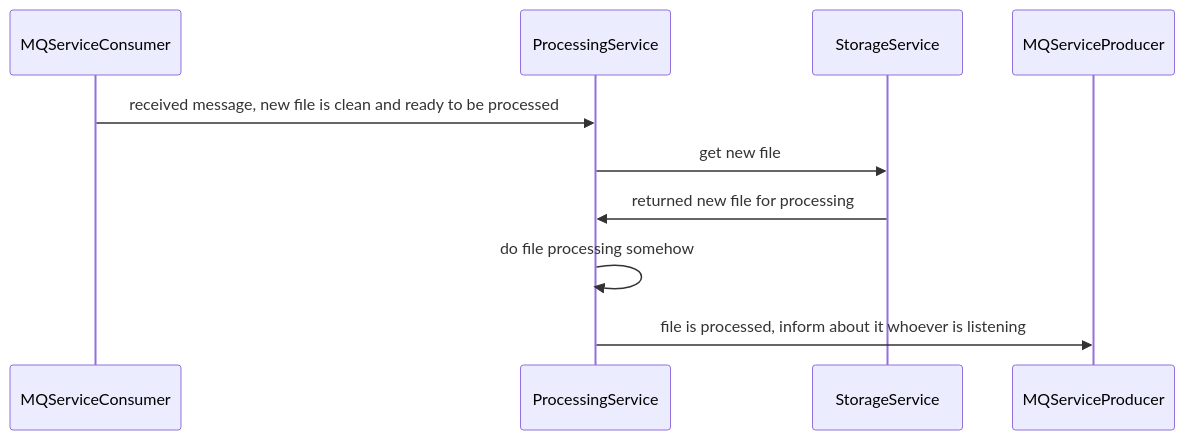
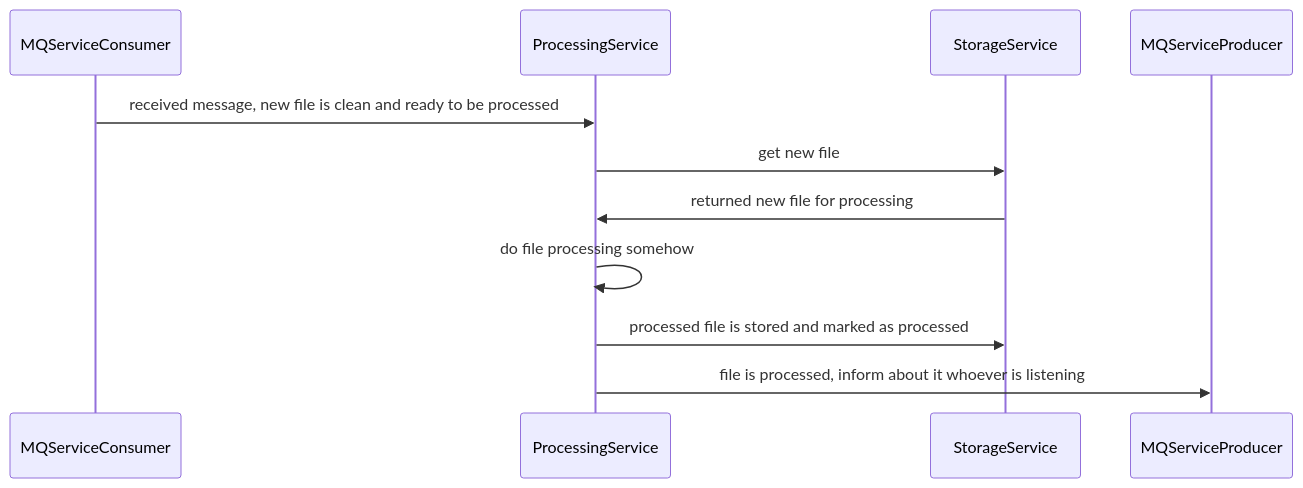
One commit to AscariaQuynn/PartnersBootcamp changed the third of 3 diagrams in sequence.md. Above: the diagram before and after it, drawn with Mermaid.

````diff
--- a/sequence.md
+++ b/sequence.md
@@ -44,12 +44,13 @@
 ```mermaid
 sequenceDiagram
     participant MQServiceConsumer
     participant ProcessingService
     participant StorageService
     participant MQServiceProducer
     MQServiceConsumer->>ProcessingService: received message, new file is clean and ready to be processed
     ProcessingService->>StorageService: get new file
     StorageService->>ProcessingService: returned new file for processing
     ProcessingService->>ProcessingService: do file processing somehow
+    ProcessingService->>StorageService: processed file is stored and marked as processed
     ProcessingService->>MQServiceProducer: file is processed, inform about it whoever is listening
 ```
````
